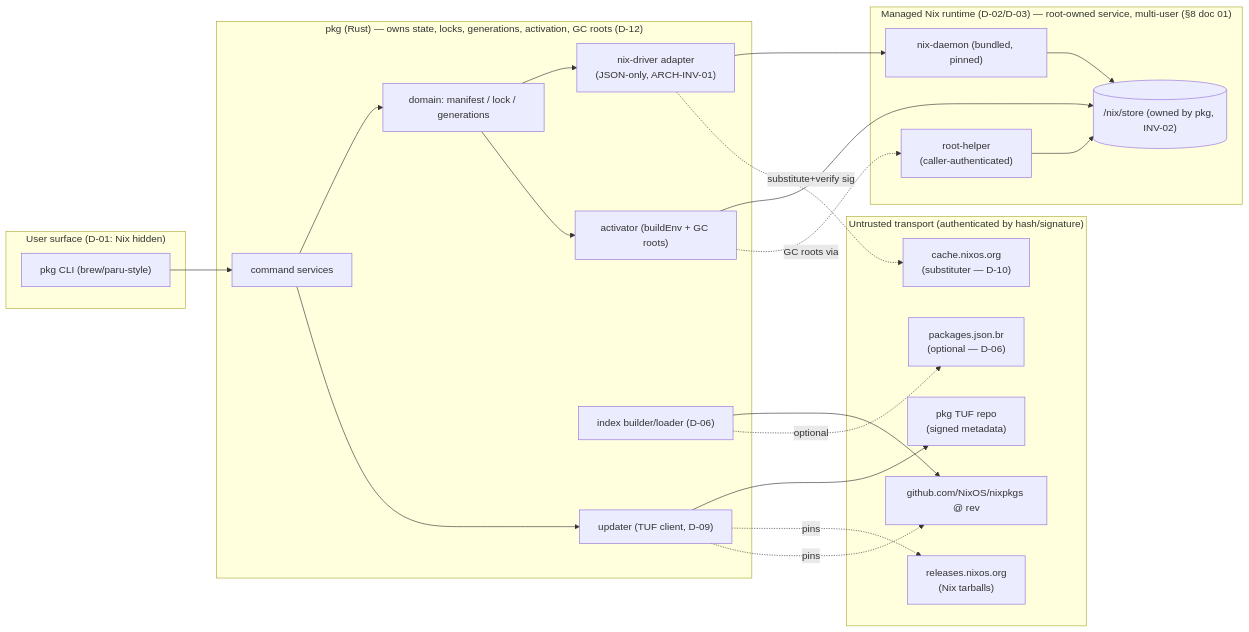
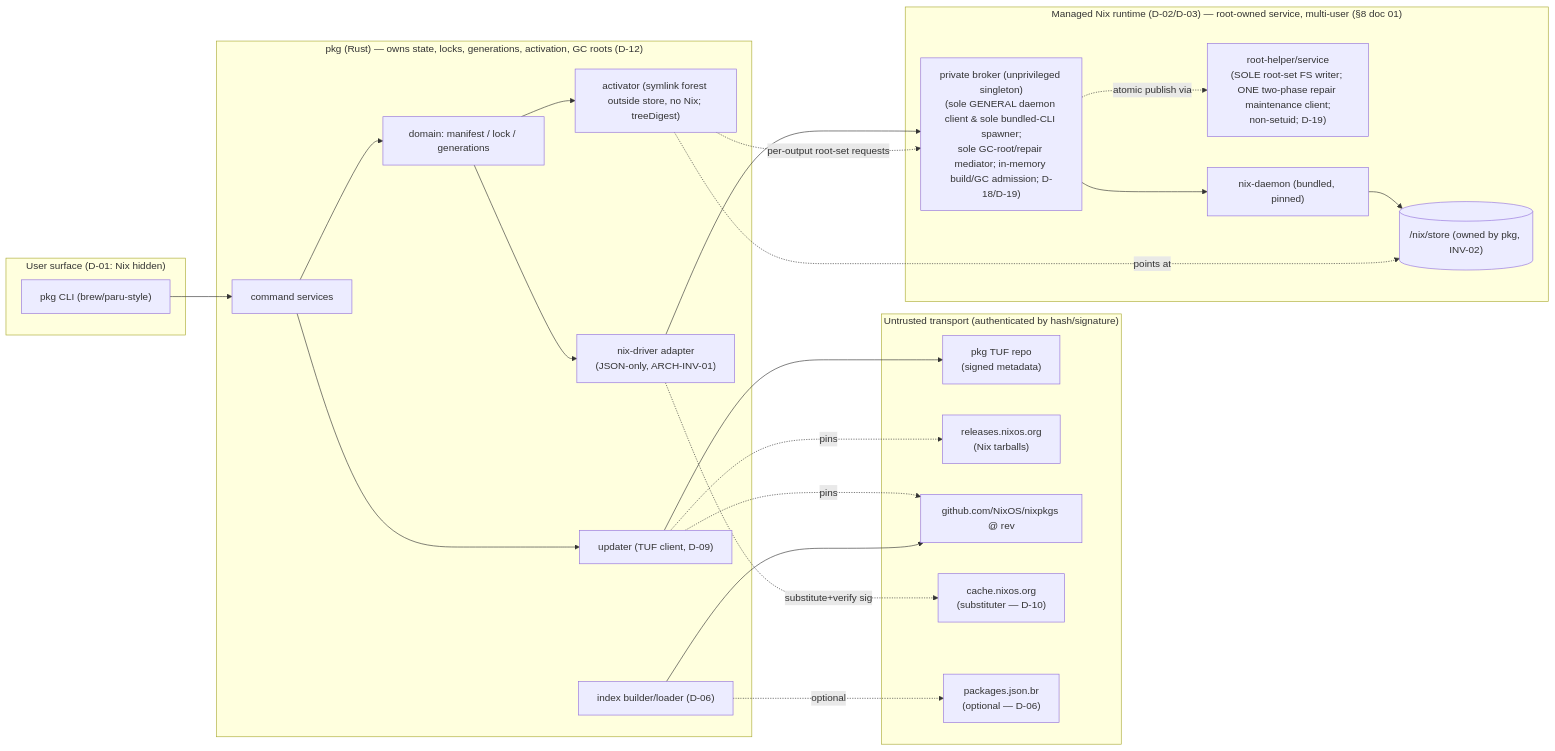
The first of 3 diagrams in plans/README.md (spa5k/pkg), drawn with Mermaid before and after one commit. The commit also changed other lines of this file and 17 other files, not shown here.

Commit message:
docs: finalize managed Nix v1 architecture

````diff
--- a/plans/README.md
+++ b/plans/README.md
@@ -112,40 +130,41 @@
 ```mermaid
 flowchart LR
   subgraph Net["Untrusted transport (authenticated by hash/signature)"]
     TUF["pkg TUF repo<br/>(signed metadata)"]
     REL["releases.nixos.org<br/>(Nix tarballs)"]
     GH["github.com/NixOS/nixpkgs @ rev"]
     CACHE["cache.nixos.org<br/>(substituter — D-10)"]
     PJ["packages.json.br<br/>(optional — D-06)"]
   end
 
   subgraph Usr["User surface (D-01: Nix hidden)"]
     CLI["pkg CLI (brew/paru-style)"]
   end
 
   subgraph Core["pkg (Rust) — owns state, locks, generations, activation, GC roots (D-12)"]
     CMD["command services"]
     DOM["domain: manifest / lock / generations"]
     DRV["nix-driver adapter<br/>(JSON-only, ARCH-INV-01)"]
     UP["updater (TUF client, D-09)"]
     IDX["index builder/loader (D-06)"]
-    ACT["activator (buildEnv + GC roots)"]
+    ACT["activator (symlink forest outside store, no Nix; treeDigest)"]
   end
 
   subgraph Priv["Managed Nix runtime (D-02/D-03) — root-owned service, multi-user (§8 doc 01)"]
-    HELP["root-helper<br/>(caller-authenticated)"]
+    BROK["private broker (unprivileged singleton)<br/>(sole GENERAL daemon client & sole bundled-CLI spawner;<br/>sole GC-root/repair mediator; in-memory build/GC admission; D-18/D-19)"]
+    HELP["root-helper/service<br/>(SOLE root-set FS writer; ONE two-phase repair maintenance client;<br/>non-setuid; D-19)"]
     DAEM["nix-daemon (bundled, pinned)"]
     STORE[("/nix/store (owned by pkg, INV-02)")]
   end
 
   CLI --> CMD --> DOM
-  DOM --> DRV --> DAEM --> STORE
+  DOM --> DRV --> BROK --> DAEM --> STORE
   CMD --> UP --> TUF
   UP -. pins .-> REL
   UP -. pins .-> GH
   IDX --> GH
   IDX -. optional .-> PJ
   DRV -. substitute+verify sig .-> CACHE
-  DOM --> ACT --> STORE
-  ACT -. GC roots via .-> HELP --> STORE
+  DOM --> ACT -. points at .-> STORE
+  ACT -. per-output root-set requests .-> BROK -. atomic publish via .-> HELP
 ```
````
